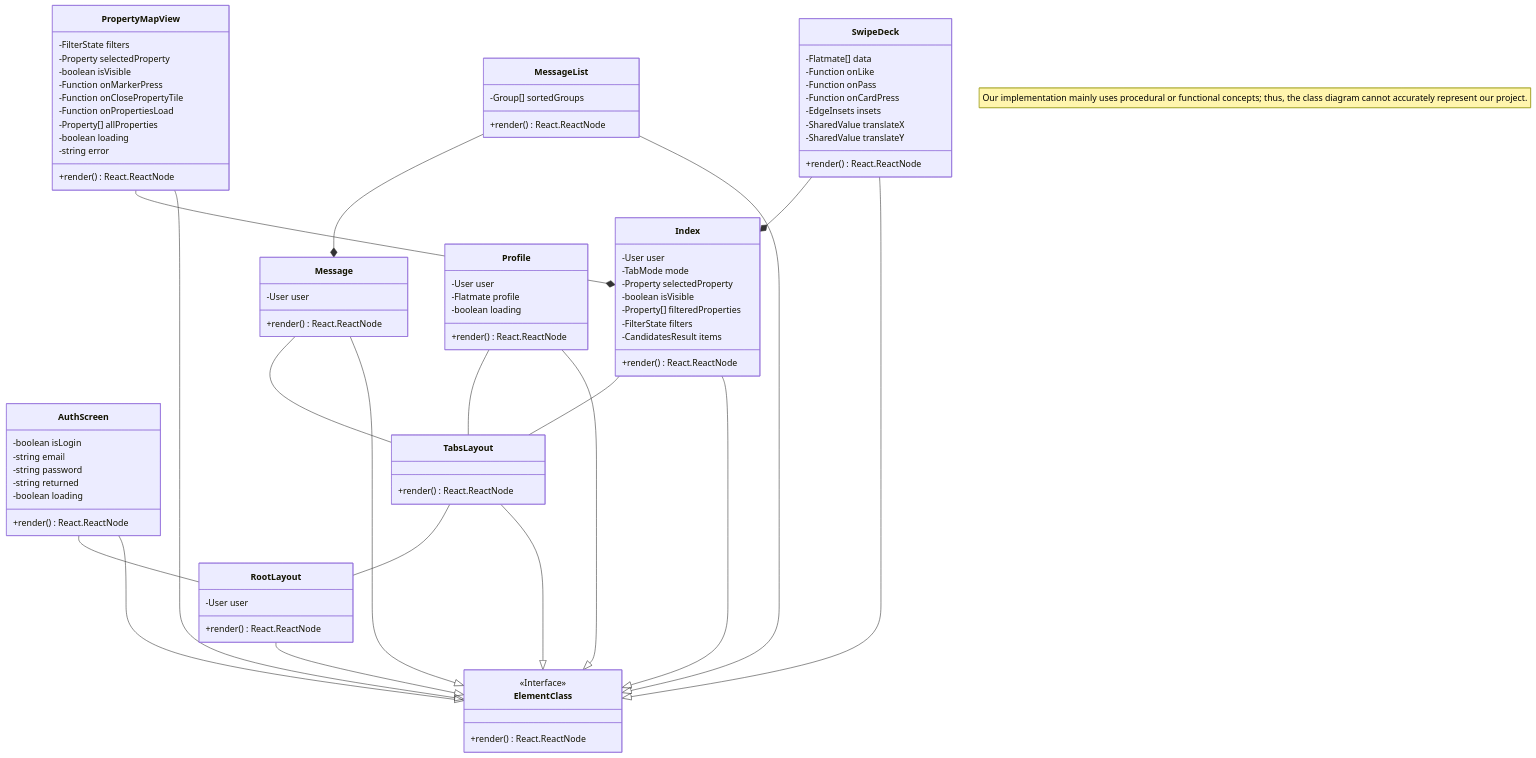
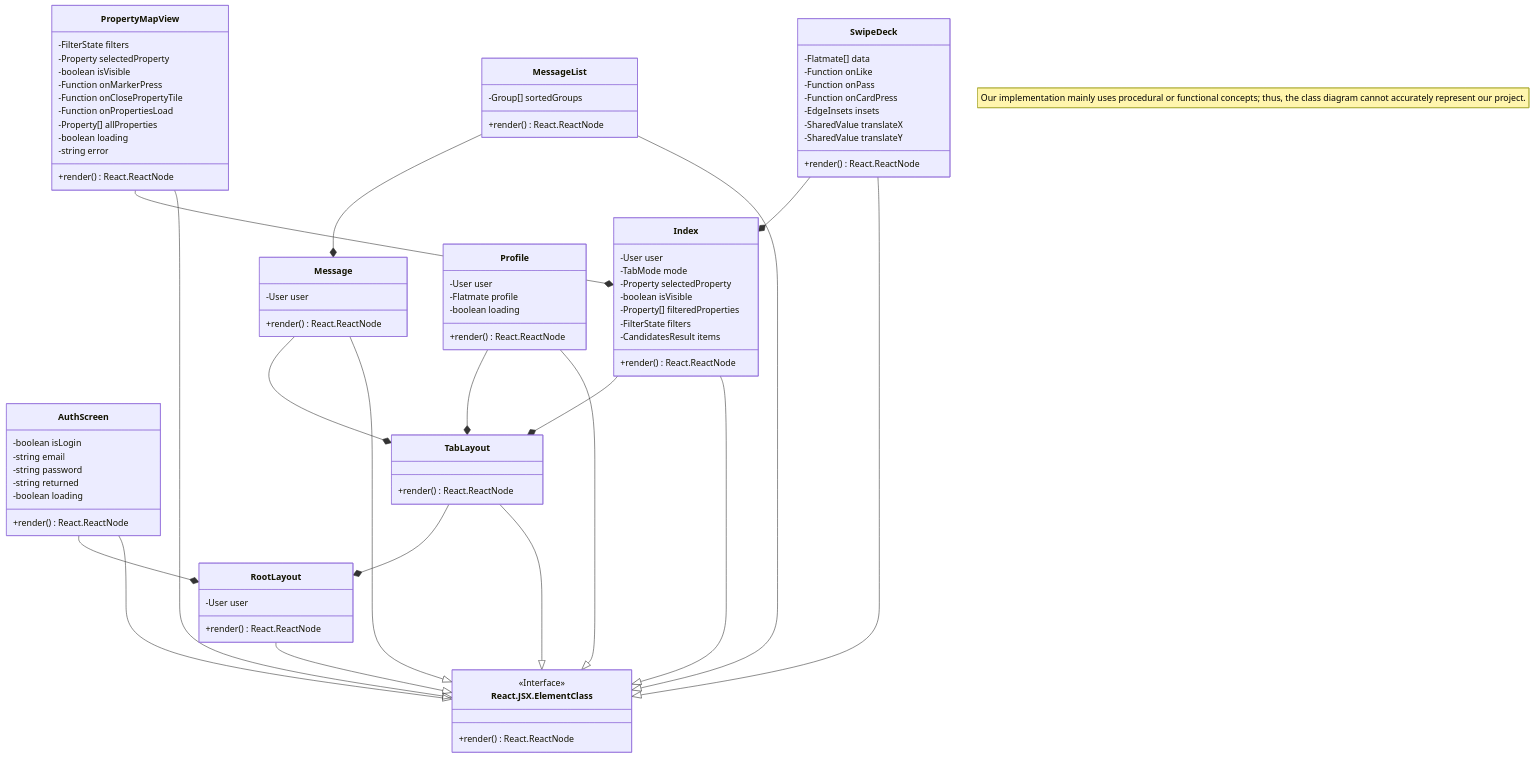
Before and after one commit to BozhanL/FlatFinder: the diagram in docs/diagram/UML Class Diagram.mermaid.md, drawn with Mermaid. The commit also changed 2 other files, not shown here.

Commit message:
Update UML Class Diagram

```diff
--- a/docs/diagram/UML Class Diagram.mermaid.md
+++ b/docs/diagram/UML Class Diagram.mermaid.md
@@ -4,7 +4,7 @@
 classDiagram
     note "Our implementation mainly uses procedural or functional concepts; thus, the class diagram cannot accurately represent our project."
 
-    class ElementClass {
+    class React.JSX.ElementClass {
         <<Interface>>
         +render() React.ReactNode
     }
@@ -25,7 +25,7 @@
         +render() React.ReactNode
     }
 
-    class TabsLayout {
+    class TabLayout {
         +render() React.ReactNode
     }
 
@@ -87,22 +87,22 @@
         +render() React.ReactNode
     }
 
-    RootLayout --|> ElementClass
-    AuthScreen --|> ElementClass
-    TabsLayout --|> ElementClass
-    Index --|> ElementClass
-    Message --|> ElementClass
-    Profile --|> ElementClass
-    MessageList --|> ElementClass
-    SwipeDeck --|> ElementClass
-    PropertyMapView --|> ElementClass
+    RootLayout --|> React.JSX.ElementClass
+    AuthScreen --|> React.JSX.ElementClass
+    TabLayout --|> React.JSX.ElementClass
+    Index --|> React.JSX.ElementClass
+    Message --|> React.JSX.ElementClass
+    Profile --|> React.JSX.ElementClass
+    MessageList --|> React.JSX.ElementClass
+    SwipeDeck --|> React.JSX.ElementClass
+    PropertyMapView --|> React.JSX.ElementClass
 
-    AuthScreen -- RootLayout
-    TabsLayout -- RootLayout
+    AuthScreen --* RootLayout
+    TabLayout --* RootLayout
 
-    Index -- TabsLayout
-    Message -- TabsLayout
-    Profile -- TabsLayout
+    Index --* TabLayout
+    Message --* TabLayout
+    Profile --* TabLayout
 
     SwipeDeck --* Index
     PropertyMapView --* Index
```
